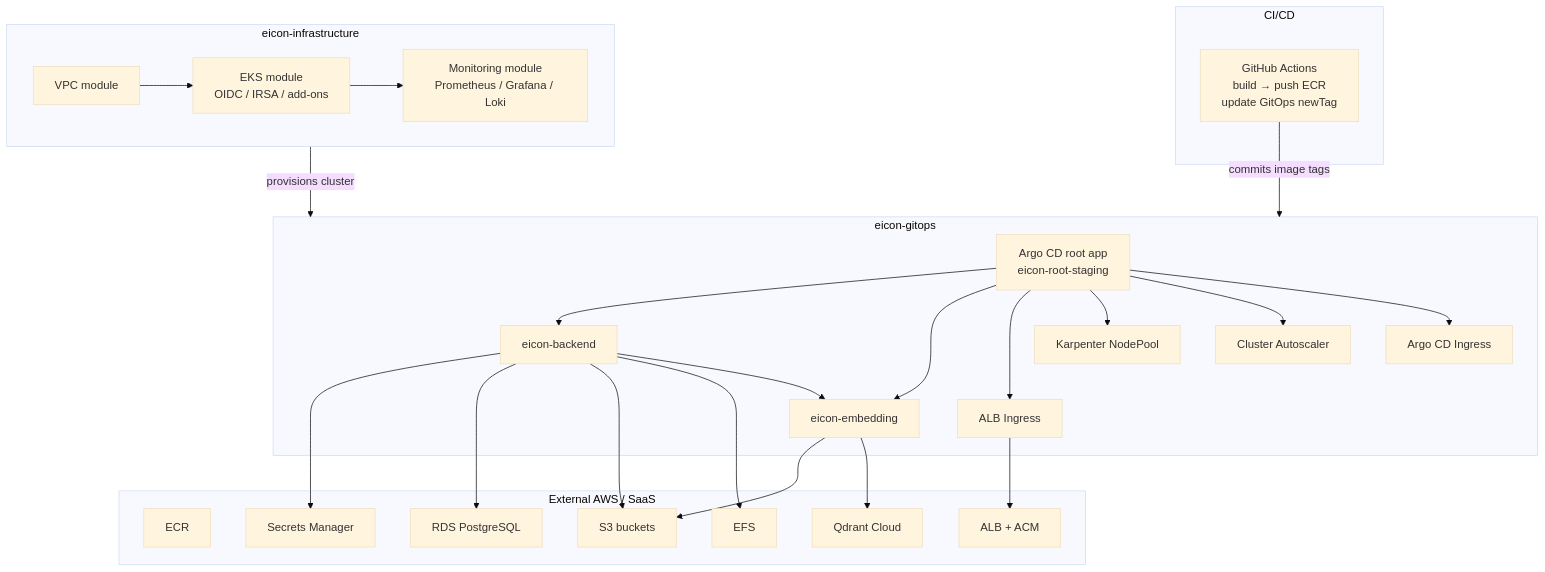
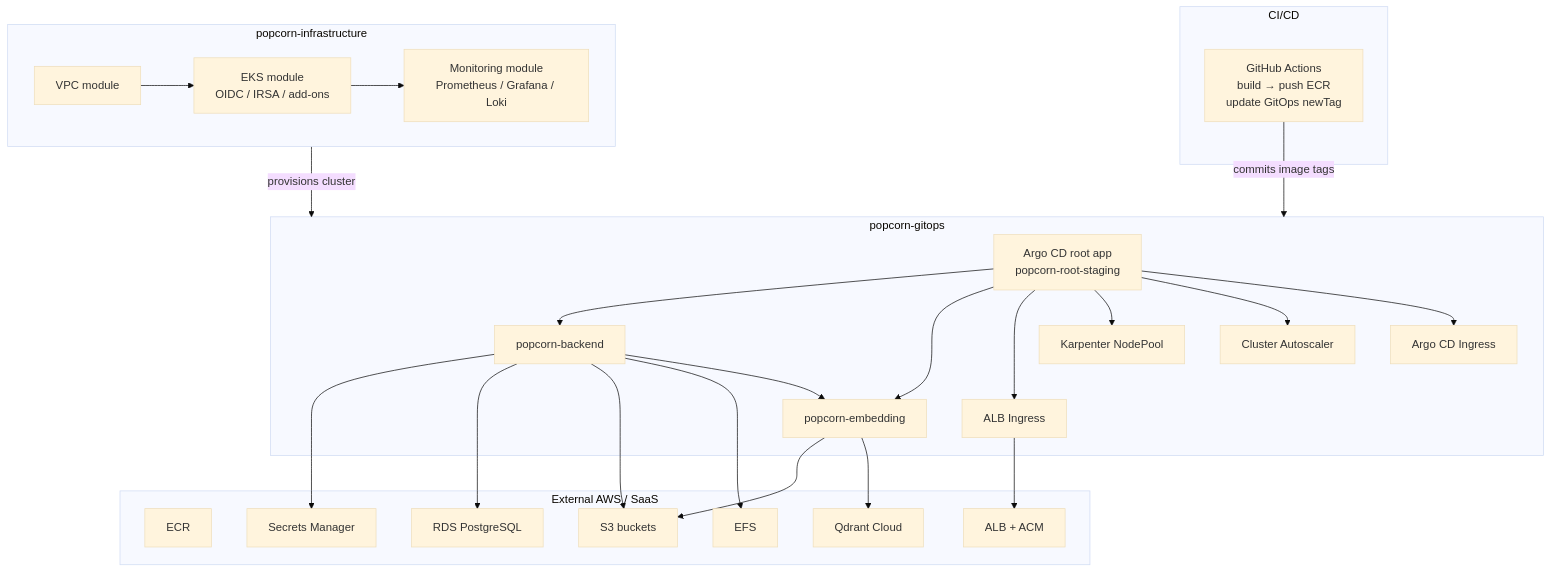
One commit to Dacchuu/devops-portfolio changed the first of 2 diagrams in gitops/docs/PLATFORM_ARCHITECTURE.md. Above: the diagram before and after it, drawn with Mermaid (base theme). The commit also changed other lines of this file and 146 other files, not shown here.

````diff
--- a/gitops/docs/PLATFORM_ARCHITECTURE.md
+++ b/gitops/docs/PLATFORM_ARCHITECTURE.md
@@ -57,44 +57,44 @@
 ```mermaid
 flowchart TB
   subgraph CI["CI/CD"]
     GH["GitHub Actions<br/>build → push ECR<br/>update GitOps newTag"]
   end
 
-  subgraph INFRA["eicon-infrastructure"]
+  subgraph INFRA["popcorn-infrastructure"]
     VPC["VPC module"]
     EKS["EKS module<br/>OIDC / IRSA / add-ons"]
     MON["Monitoring module<br/>Prometheus / Grafana / Loki"]
     VPC --> EKS --> MON
   end
 
-  subgraph GITOPS["eicon-gitops"]
-    ROOT["Argo CD root app<br/>eicon-root-staging"]
-    ROOT --> BACK["eicon-backend"]
-    ROOT --> EMB["eicon-embedding"]
+  subgraph GITOPS["popcorn-gitops"]
+    ROOT["Argo CD root app<br/>popcorn-root-staging"]
+    ROOT --> BACK["popcorn-backend"]
+    ROOT --> EMB["popcorn-embedding"]
     ROOT --> ING["ALB Ingress"]
     ROOT --> KARP["Karpenter NodePool"]
     ROOT --> CA["Cluster Autoscaler"]
     ROOT --> ARGOING["Argo CD Ingress"]
   end
 
   subgraph EXT["External AWS / SaaS"]
     ECR["ECR"]
     SM["Secrets Manager"]
     RDS["RDS PostgreSQL"]
     S3["S3 buckets"]
     QDR["Qdrant Cloud"]
     EFS["EFS"]
     ALB["ALB + ACM"]
   end
 
   GH -->|commits image tags| GITOPS
   INFRA -->|provisions cluster| GITOPS
   BACK --> SM
   BACK --> RDS
   BACK --> S3
   BACK --> EFS
   BACK --> EMB
   EMB --> S3
   EMB --> QDR
   ING --> ALB
 ```
````
